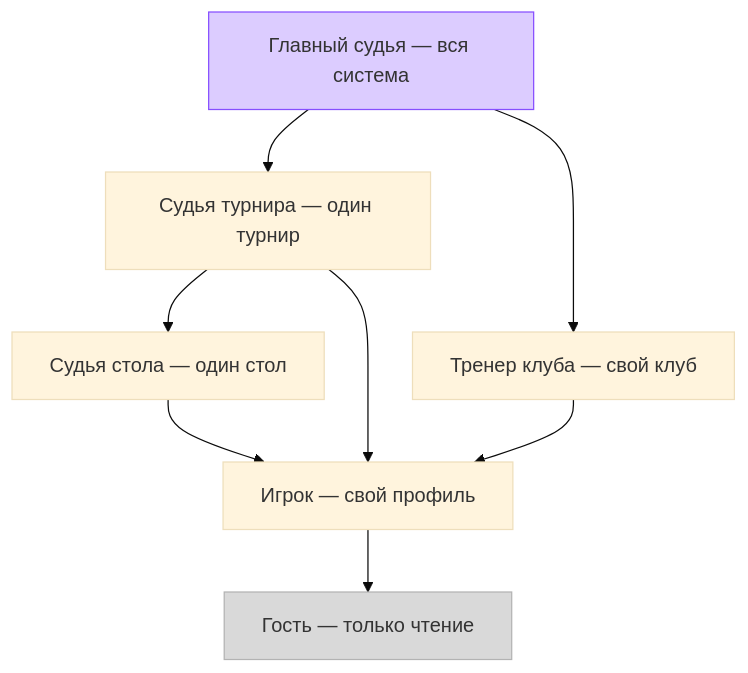
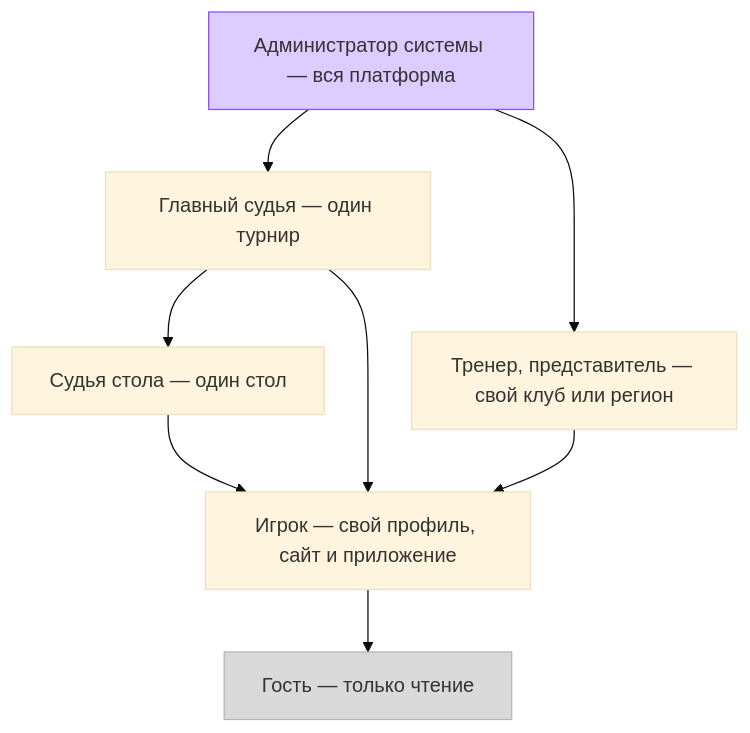
One commit to AssylanAkhanuly/tt_tournament changed the first of 10 diagrams in USERFLOW.md. Above: the diagram before and after it, drawn with Mermaid (base theme). The commit also changed other lines of this file and 23 other files, not shown here.

First line of the commit message:
docs: привести архитектуру и user flow в соответствие с финальным ТЗ

````diff
--- a/USERFLOW.md
+++ b/USERFLOW.md
@@ -75,20 +76,20 @@
 ```mermaid
 flowchart TD
-    gs["Главный судья — вся система"]
-    st["Судья турнира — один турнир"]
-    tr["Тренер клуба — свой клуб"]
+    adm["Администратор системы — вся платформа"]
+    gs["Главный судья — один турнир"]
+    tr["Тренер, представитель — свой клуб или регион"]
     ss["Судья стола — один стол"]
-    ig["Игрок — свой профиль"]
+    ig["Игрок — свой профиль, сайт и приложение"]
     go["Гость — только чтение"]
 
-    gs --> st
-    gs --> tr
-    st --> ss
-    st --> ig
+    adm --> gs
+    adm --> tr
+    gs --> ss
+    gs --> ig
     tr --> ig
     ss --> ig
     ig --> go
 
-    style gs fill:#DCCCFF,stroke:#874FFF
+    style adm fill:#DCCCFF,stroke:#874FFF
     style go fill:#D9D9D9,stroke:#B3B3B3
 ```
````
